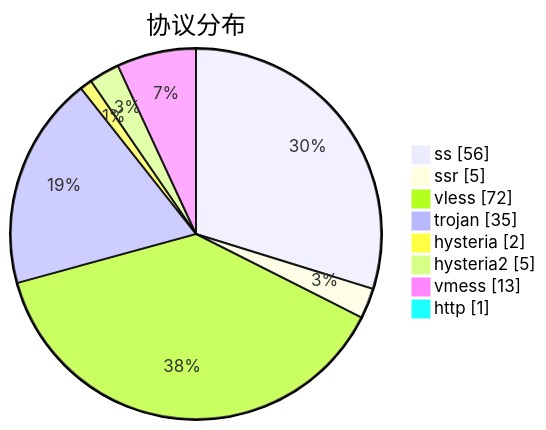
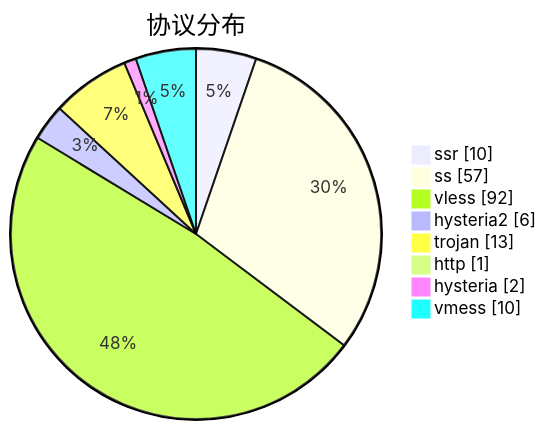
The third of 3 diagrams in subs/statistics/tested_within.md (sinspired/airport), drawn with Mermaid before and after one commit. The commit also changed other lines of this file and 2 other files, not shown here.

````diff
--- a/subs/statistics/tested_within.md
+++ b/subs/statistics/tested_within.md
@@ -40,12 +37,12 @@
 ```mermaid
 pie showData
 title 协议分布
-"ss" : 56
-"ssr" : 5
-"vless" : 72
-"trojan" : 35
+"ssr" : 10
+"ss" : 57
+"vless" : 92
+"hysteria2" : 6
+"trojan" : 13
+"http" : 1
 "hysteria" : 2
-"hysteria2" : 5
-"vmess" : 13
-"http" : 1
+"vmess" : 10
 ```
````
